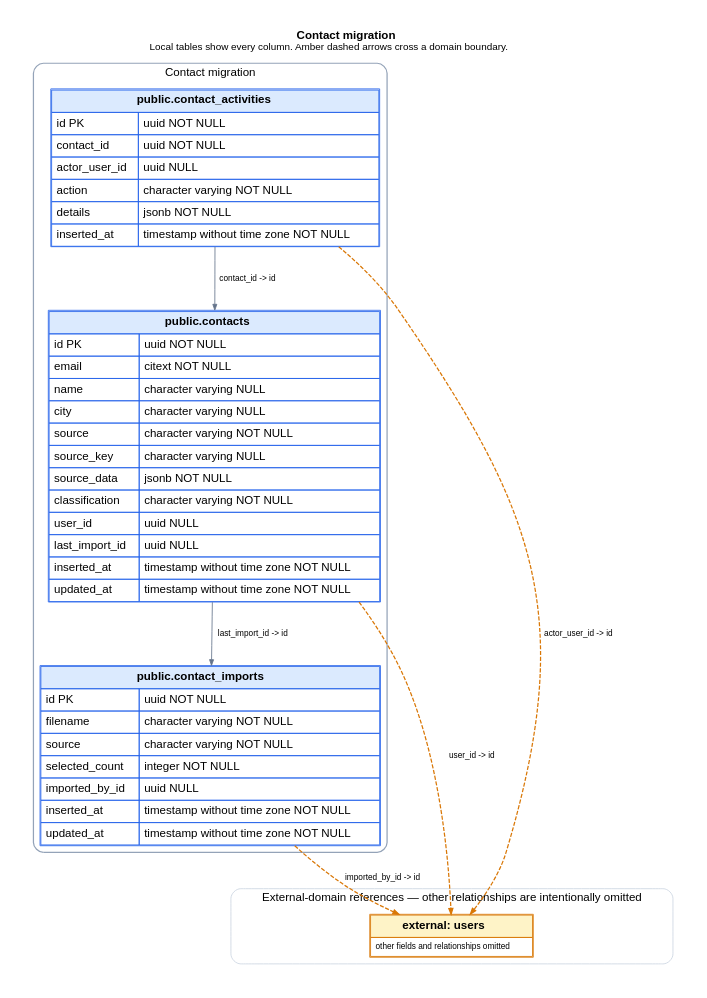
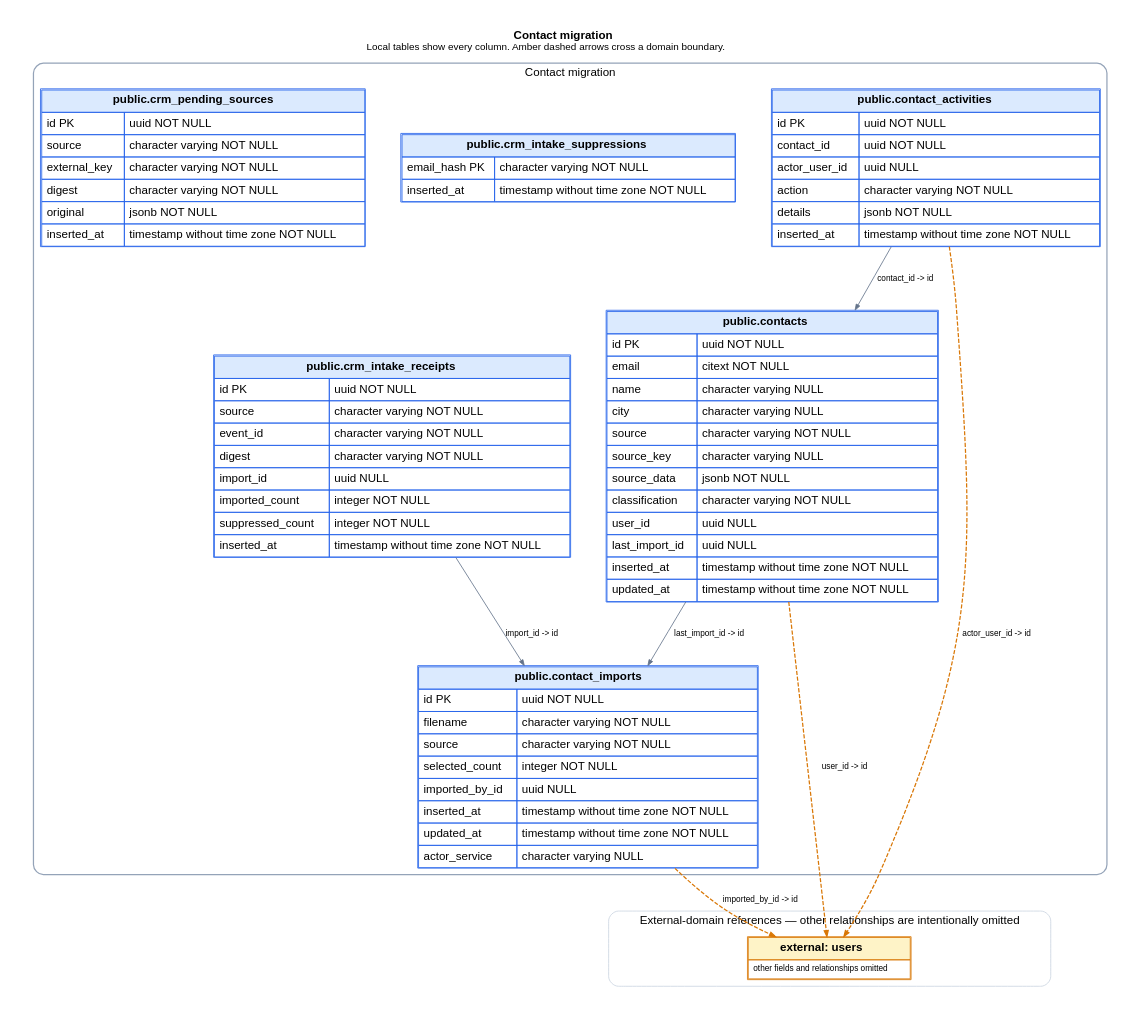
The diagram in docs/schema/domains/contact_migration.dot (ogourment/pauseai.ca-website), drawn with Graphviz before and after one commit. The commit also changed 17 other files, not shown here.

Commit message:
Add restricted replay-safe CRM source intake

```diff
--- a/docs/schema/domains/contact_migration.dot
+++ b/docs/schema/domains/contact_migration.dot
@@ -1,55 +1,77 @@
 digraph contact_migration {
   graph [rankdir=TB, bgcolor="white", pad=0.35, nodesep=0.6, ranksep=0.9, fontname="Helvetica"];
   node [shape=plain, fontname="Helvetica"];
   edge [fontname="Helvetica", fontsize=10, arrowsize=0.7];
   labelloc="t";
   label=< <B>Contact migration</B><BR/><FONT POINT-SIZE="12">Local tables show every column. Amber dashed arrows cross a domain boundary.</FONT> >;
 
   subgraph cluster_local {
     label="Contact migration";
     color="#94a3b8";
     penwidth=1.5;
     style="rounded";
   "contact_activities" [label=<
     <TABLE BORDER="1" CELLBORDER="1" CELLSPACING="0" CELLPADDING="5" COLOR="#2563eb">
       <TR><TD BGCOLOR="#dbeafe" COLSPAN="2"><B>public.contact_activities</B></TD></TR>
       <TR><TD ALIGN="LEFT">id PK</TD><TD ALIGN="LEFT">uuid NOT NULL</TD></TR><TR><TD ALIGN="LEFT">contact_id</TD><TD ALIGN="LEFT">uuid NOT NULL</TD></TR><TR><TD ALIGN="LEFT">actor_user_id</TD><TD ALIGN="LEFT">uuid NULL</TD></TR><TR><TD ALIGN="LEFT">action</TD><TD ALIGN="LEFT">character varying NOT NULL</TD></TR><TR><TD ALIGN="LEFT">details</TD><TD ALIGN="LEFT">jsonb NOT NULL</TD></TR><TR><TD ALIGN="LEFT">inserted_at</TD><TD ALIGN="LEFT">timestamp without time zone NOT NULL</TD></TR>
     </TABLE>
   >];
 
   "contact_imports" [label=<
     <TABLE BORDER="1" CELLBORDER="1" CELLSPACING="0" CELLPADDING="5" COLOR="#2563eb">
       <TR><TD BGCOLOR="#dbeafe" COLSPAN="2"><B>public.contact_imports</B></TD></TR>
-      <TR><TD ALIGN="LEFT">id PK</TD><TD ALIGN="LEFT">uuid NOT NULL</TD></TR><TR><TD ALIGN="LEFT">filename</TD><TD ALIGN="LEFT">character varying NOT NULL</TD></TR><TR><TD ALIGN="LEFT">source</TD><TD ALIGN="LEFT">character varying NOT NULL</TD></TR><TR><TD ALIGN="LEFT">selected_count</TD><TD ALIGN="LEFT">integer NOT NULL</TD></TR><TR><TD ALIGN="LEFT">imported_by_id</TD><TD ALIGN="LEFT">uuid NULL</TD></TR><TR><TD ALIGN="LEFT">inserted_at</TD><TD ALIGN="LEFT">timestamp without time zone NOT NULL</TD></TR><TR><TD ALIGN="LEFT">updated_at</TD><TD ALIGN="LEFT">timestamp without time zone NOT NULL</TD></TR>
+      <TR><TD ALIGN="LEFT">id PK</TD><TD ALIGN="LEFT">uuid NOT NULL</TD></TR><TR><TD ALIGN="LEFT">filename</TD><TD ALIGN="LEFT">character varying NOT NULL</TD></TR><TR><TD ALIGN="LEFT">source</TD><TD ALIGN="LEFT">character varying NOT NULL</TD></TR><TR><TD ALIGN="LEFT">selected_count</TD><TD ALIGN="LEFT">integer NOT NULL</TD></TR><TR><TD ALIGN="LEFT">imported_by_id</TD><TD ALIGN="LEFT">uuid NULL</TD></TR><TR><TD ALIGN="LEFT">inserted_at</TD><TD ALIGN="LEFT">timestamp without time zone NOT NULL</TD></TR><TR><TD ALIGN="LEFT">updated_at</TD><TD ALIGN="LEFT">timestamp without time zone NOT NULL</TD></TR><TR><TD ALIGN="LEFT">actor_service</TD><TD ALIGN="LEFT">character varying NULL</TD></TR>
     </TABLE>
   >];
 
   "contacts" [label=<
     <TABLE BORDER="1" CELLBORDER="1" CELLSPACING="0" CELLPADDING="5" COLOR="#2563eb">
       <TR><TD BGCOLOR="#dbeafe" COLSPAN="2"><B>public.contacts</B></TD></TR>
       <TR><TD ALIGN="LEFT">id PK</TD><TD ALIGN="LEFT">uuid NOT NULL</TD></TR><TR><TD ALIGN="LEFT">email</TD><TD ALIGN="LEFT">citext NOT NULL</TD></TR><TR><TD ALIGN="LEFT">name</TD><TD ALIGN="LEFT">character varying NULL</TD></TR><TR><TD ALIGN="LEFT">city</TD><TD ALIGN="LEFT">character varying NULL</TD></TR><TR><TD ALIGN="LEFT">source</TD><TD ALIGN="LEFT">character varying NOT NULL</TD></TR><TR><TD ALIGN="LEFT">source_key</TD><TD ALIGN="LEFT">character varying NULL</TD></TR><TR><TD ALIGN="LEFT">source_data</TD><TD ALIGN="LEFT">jsonb NOT NULL</TD></TR><TR><TD ALIGN="LEFT">classification</TD><TD ALIGN="LEFT">character varying NOT NULL</TD></TR><TR><TD ALIGN="LEFT">user_id</TD><TD ALIGN="LEFT">uuid NULL</TD></TR><TR><TD ALIGN="LEFT">last_import_id</TD><TD ALIGN="LEFT">uuid NULL</TD></TR><TR><TD ALIGN="LEFT">inserted_at</TD><TD ALIGN="LEFT">timestamp without time zone NOT NULL</TD></TR><TR><TD ALIGN="LEFT">updated_at</TD><TD ALIGN="LEFT">timestamp without time zone NOT NULL</TD></TR>
+    </TABLE>
+  >];
+
+  "crm_intake_receipts" [label=<
+    <TABLE BORDER="1" CELLBORDER="1" CELLSPACING="0" CELLPADDING="5" COLOR="#2563eb">
+      <TR><TD BGCOLOR="#dbeafe" COLSPAN="2"><B>public.crm_intake_receipts</B></TD></TR>
+      <TR><TD ALIGN="LEFT">id PK</TD><TD ALIGN="LEFT">uuid NOT NULL</TD></TR><TR><TD ALIGN="LEFT">source</TD><TD ALIGN="LEFT">character varying NOT NULL</TD></TR><TR><TD ALIGN="LEFT">event_id</TD><TD ALIGN="LEFT">character varying NOT NULL</TD></TR><TR><TD ALIGN="LEFT">digest</TD><TD ALIGN="LEFT">character varying NOT NULL</TD></TR><TR><TD ALIGN="LEFT">import_id</TD><TD ALIGN="LEFT">uuid NULL</TD></TR><TR><TD ALIGN="LEFT">imported_count</TD><TD ALIGN="LEFT">integer NOT NULL</TD></TR><TR><TD ALIGN="LEFT">suppressed_count</TD><TD ALIGN="LEFT">integer NOT NULL</TD></TR><TR><TD ALIGN="LEFT">inserted_at</TD><TD ALIGN="LEFT">timestamp without time zone NOT NULL</TD></TR>
+    </TABLE>
+  >];
+
+  "crm_intake_suppressions" [label=<
+    <TABLE BORDER="1" CELLBORDER="1" CELLSPACING="0" CELLPADDING="5" COLOR="#2563eb">
+      <TR><TD BGCOLOR="#dbeafe" COLSPAN="2"><B>public.crm_intake_suppressions</B></TD></TR>
+      <TR><TD ALIGN="LEFT">email_hash PK</TD><TD ALIGN="LEFT">character varying NOT NULL</TD></TR><TR><TD ALIGN="LEFT">inserted_at</TD><TD ALIGN="LEFT">timestamp without time zone NOT NULL</TD></TR>
+    </TABLE>
+  >];
+
+  "crm_pending_sources" [label=<
+    <TABLE BORDER="1" CELLBORDER="1" CELLSPACING="0" CELLPADDING="5" COLOR="#2563eb">
+      <TR><TD BGCOLOR="#dbeafe" COLSPAN="2"><B>public.crm_pending_sources</B></TD></TR>
+      <TR><TD ALIGN="LEFT">id PK</TD><TD ALIGN="LEFT">uuid NOT NULL</TD></TR><TR><TD ALIGN="LEFT">source</TD><TD ALIGN="LEFT">character varying NOT NULL</TD></TR><TR><TD ALIGN="LEFT">external_key</TD><TD ALIGN="LEFT">character varying NOT NULL</TD></TR><TR><TD ALIGN="LEFT">digest</TD><TD ALIGN="LEFT">character varying NOT NULL</TD></TR><TR><TD ALIGN="LEFT">original</TD><TD ALIGN="LEFT">jsonb NOT NULL</TD></TR><TR><TD ALIGN="LEFT">inserted_at</TD><TD ALIGN="LEFT">timestamp without time zone NOT NULL</TD></TR>
     </TABLE>
   >];
 
   }
 
   subgraph cluster_external {
     label="External-domain references — other relationships are intentionally omitted";
     color="#cbd5e1";
     penwidth=1;
     style="rounded";
   "users" [label=<
     <TABLE BORDER="1" CELLBORDER="1" CELLSPACING="0" CELLPADDING="5" COLOR="#d97706">
       <TR><TD BGCOLOR="#fef3c7"><B>external: users</B></TD></TR>
       <TR><TD><FONT POINT-SIZE="10">other fields and relationships omitted</FONT></TD></TR>
     </TABLE>
   >];
 
   }
 
   "contact_activities" -> "users" [label="actor_user_id -> id", color="#d97706", style="dashed", penwidth=1.5];
   "contact_activities" -> "contacts" [label="contact_id -> id", color="#64748b"];
   "contact_imports" -> "users" [label="imported_by_id -> id", color="#d97706", style="dashed", penwidth=1.5];
   "contacts" -> "contact_imports" [label="last_import_id -> id", color="#64748b"];
   "contacts" -> "users" [label="user_id -> id", color="#d97706", style="dashed", penwidth=1.5];
+  "crm_intake_receipts" -> "contact_imports" [label="import_id -> id", color="#64748b"];
 }
```
